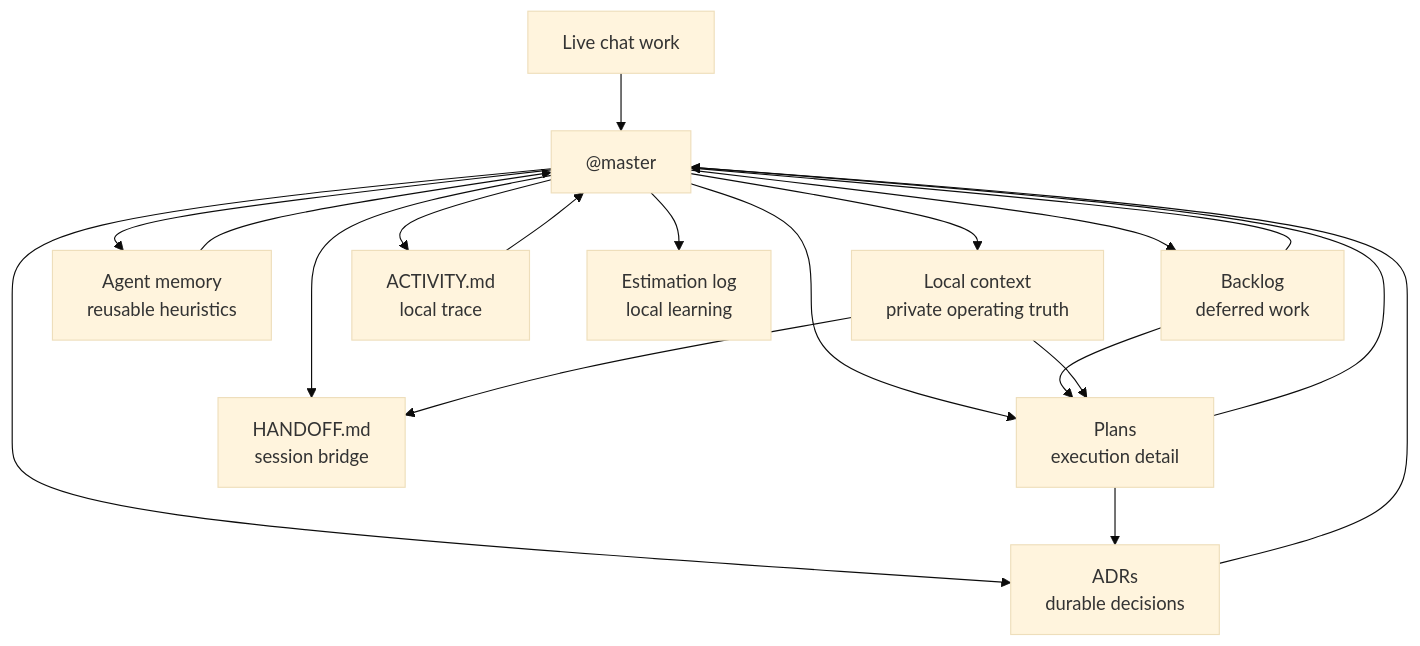
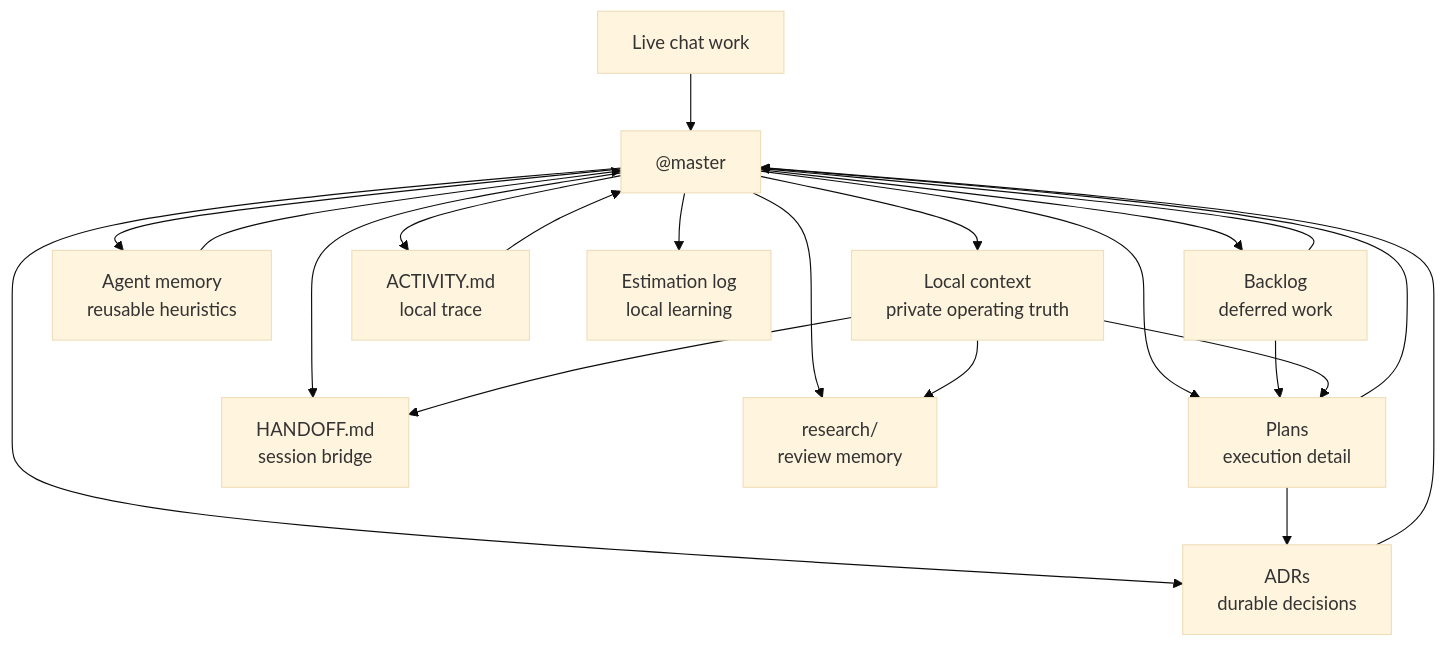
Before and after one commit to Konstantinos-Sakellariou/claude-team-kit: the diagram in docs/DURABLE_MEMORY.md, drawn with Mermaid (base theme). The commit also changed other lines of this file and 17 other files, not shown here.

````diff
--- a/docs/DURABLE_MEMORY.md
+++ b/docs/DURABLE_MEMORY.md
@@ -48,22 +49,24 @@
 ```mermaid
 flowchart TD
     CHAT["Live chat work"] --> MASTER["@master"]
     MASTER --> BACKLOG["Backlog<br/>deferred work"]
     MASTER --> PLAN["Plans<br/>execution detail"]
     MASTER --> ADR["ADRs<br/>durable decisions"]
     MASTER --> MEMORY["Agent memory<br/>reusable heuristics"]
     MASTER --> LOCAL["Local context<br/>private operating truth"]
     MASTER --> HANDOFF["HANDOFF.md<br/>session bridge"]
     MASTER --> ACTIVITY["ACTIVITY.md<br/>local trace"]
+    MASTER --> RESEARCH["research/<br/>review memory"]
     MASTER --> EST["Estimation log<br/>local learning"]
 
     BACKLOG --> PLAN
     PLAN --> ADR
     LOCAL --> PLAN
     LOCAL --> HANDOFF
+    LOCAL --> RESEARCH
     ACTIVITY --> MASTER
     MEMORY --> MASTER
     ADR --> MASTER
     PLAN --> MASTER
     BACKLOG --> MASTER
 ```
````
